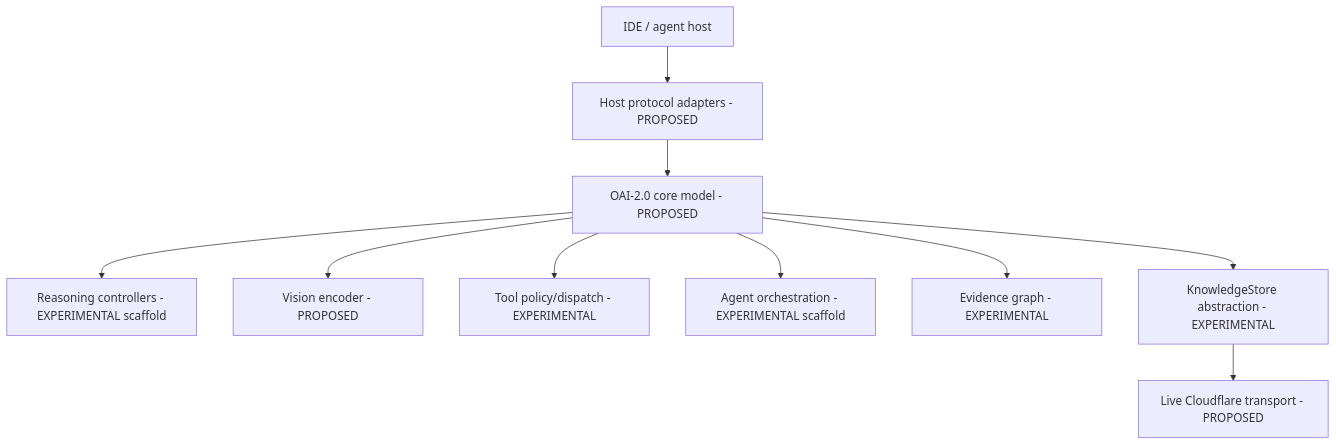
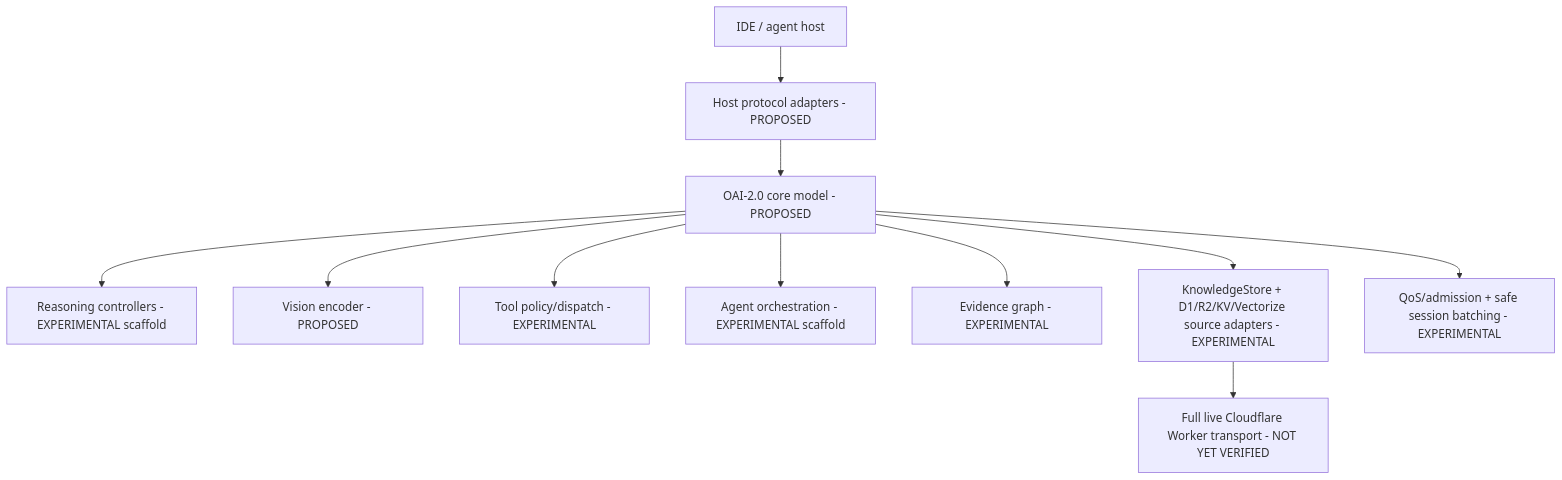
The diagram in docs/agent-architecture/SYSTEM_ARCHITECTURE.md (ORCHORDS-LCC/OAI-2.0), drawn with Mermaid before and after one commit. The commit also changed other lines of this file and 5 other files, not shown here.

````diff
--- a/docs/agent-architecture/SYSTEM_ARCHITECTURE.md
+++ b/docs/agent-architecture/SYSTEM_ARCHITECTURE.md
@@ -11,12 +11,13 @@
 ```mermaid
 flowchart TB
     H[IDE / agent host] --> P[Host protocol adapters - PROPOSED]
     P --> C[OAI-2.0 core model - PROPOSED]
     C --> R[Reasoning controllers - EXPERIMENTAL scaffold]
     C --> V[Vision encoder - PROPOSED]
     C --> T[Tool policy/dispatch - EXPERIMENTAL]
     C --> A[Agent orchestration - EXPERIMENTAL scaffold]
     C --> E[Evidence graph - EXPERIMENTAL]
-    C --> K[KnowledgeStore abstraction - EXPERIMENTAL]
-    K --> CF[Live Cloudflare transport - PROPOSED]
+    C --> K[KnowledgeStore + D1/R2/KV/Vectorize source adapters - EXPERIMENTAL]
+    K --> CF[Full live Cloudflare Worker transport - NOT YET VERIFIED]
+    C --> QOS[QoS/admission + safe session batching - EXPERIMENTAL]
 ```
````
